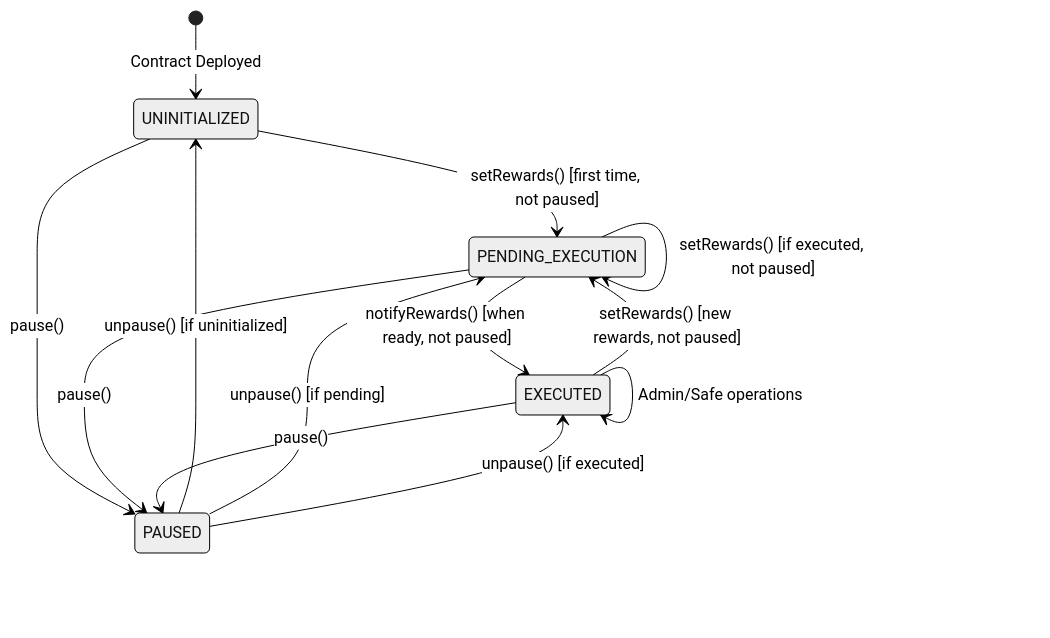
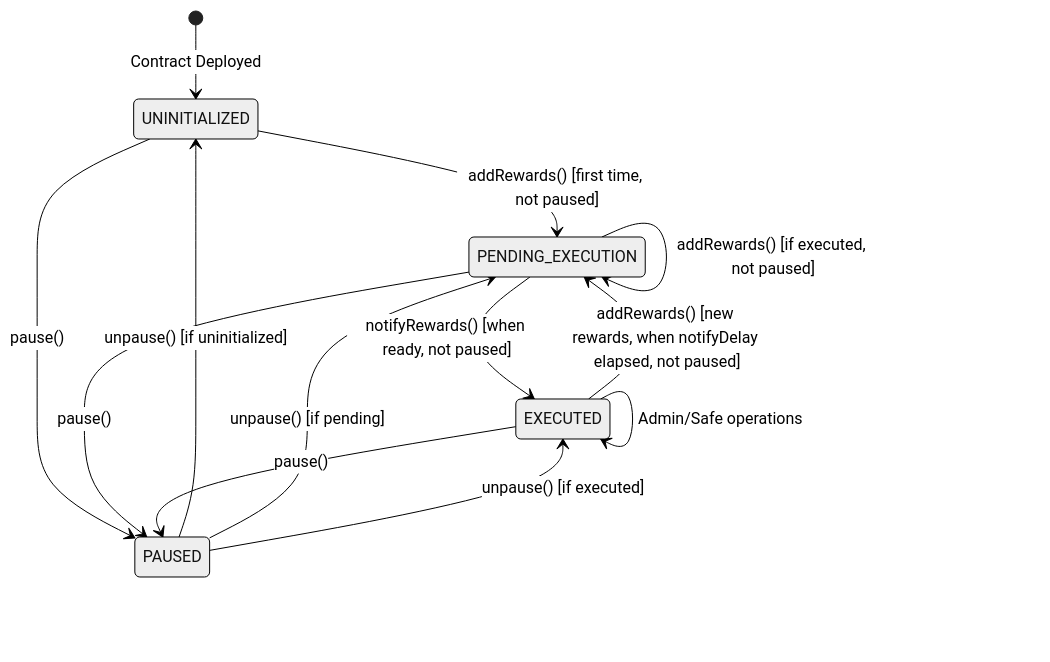
One commit to moonwell-fi/mamo-contracts changed the diagram in docs/RewardsDistributorSafeModule_StateMachine.md. Above: the diagram before and after it, drawn with Mermaid (neutral theme). The commit also changed other lines of this file and 9 other files, not shown here.

````diff
--- a/docs/RewardsDistributorSafeModule_StateMachine.md
+++ b/docs/RewardsDistributorSafeModule_StateMachine.md
@@ -50,19 +48,19 @@
 ```mermaid
 stateDiagram-v2
     [*] --> UNINITIALIZED : Contract Deployed
     
-    UNINITIALIZED --> PENDING_EXECUTION : setRewards() [first time, not paused]
+    UNINITIALIZED --> PENDING_EXECUTION : addRewards() [first time, not paused]
     UNINITIALIZED --> PAUSED : pause()
     
     PENDING_EXECUTION --> EXECUTED : notifyRewards() [when ready, not paused]
-    PENDING_EXECUTION --> PENDING_EXECUTION : setRewards() [if executed, not paused]
+    PENDING_EXECUTION --> PENDING_EXECUTION : addRewards() [if executed, not paused]
     PENDING_EXECUTION --> PAUSED : pause()
     
-    EXECUTED --> PENDING_EXECUTION : setRewards() [new rewards, not paused]
+    EXECUTED --> PENDING_EXECUTION : addRewards() [new rewards, when notifyDelay elapsed, not paused]
     EXECUTED --> EXECUTED : Admin/Safe operations
     EXECUTED --> PAUSED : pause()
     
     PAUSED --> UNINITIALIZED : unpause() [if uninitialized]
     PAUSED --> PENDING_EXECUTION : unpause() [if pending]
     PAUSED --> EXECUTED : unpause() [if executed]
 ```
````
